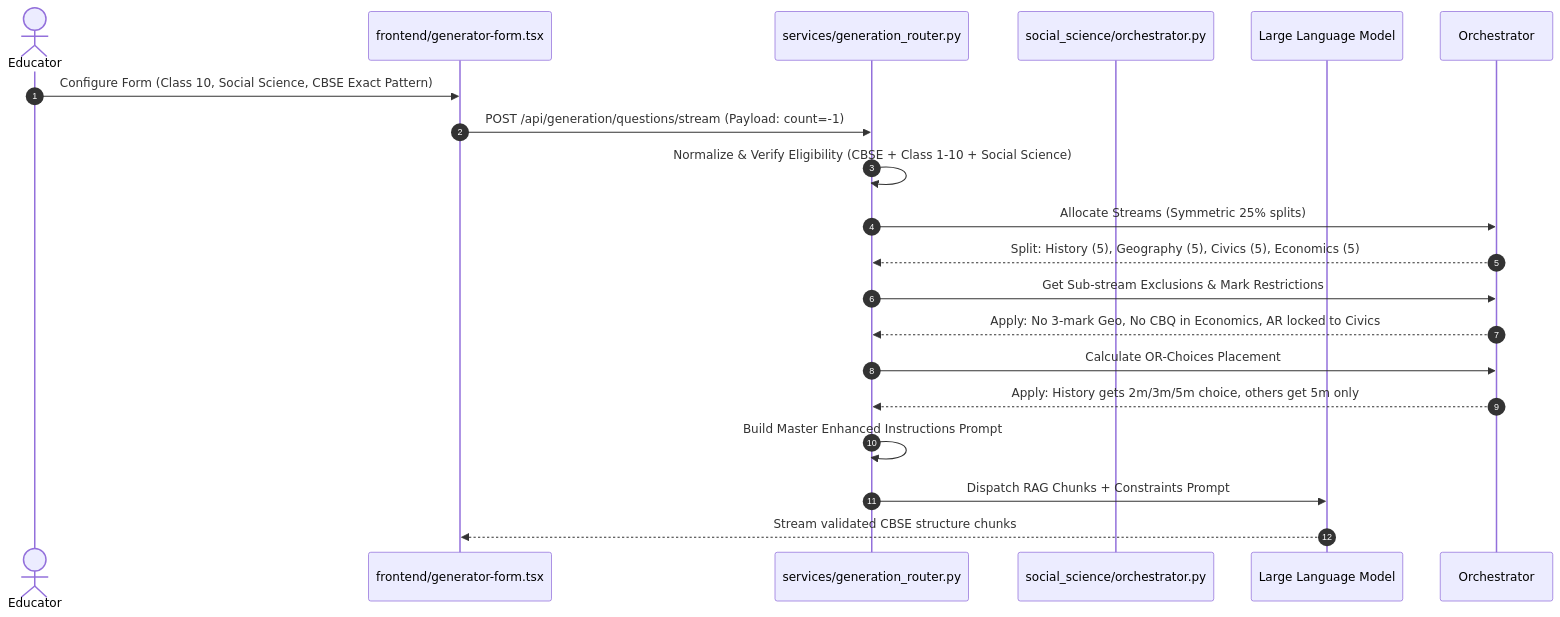
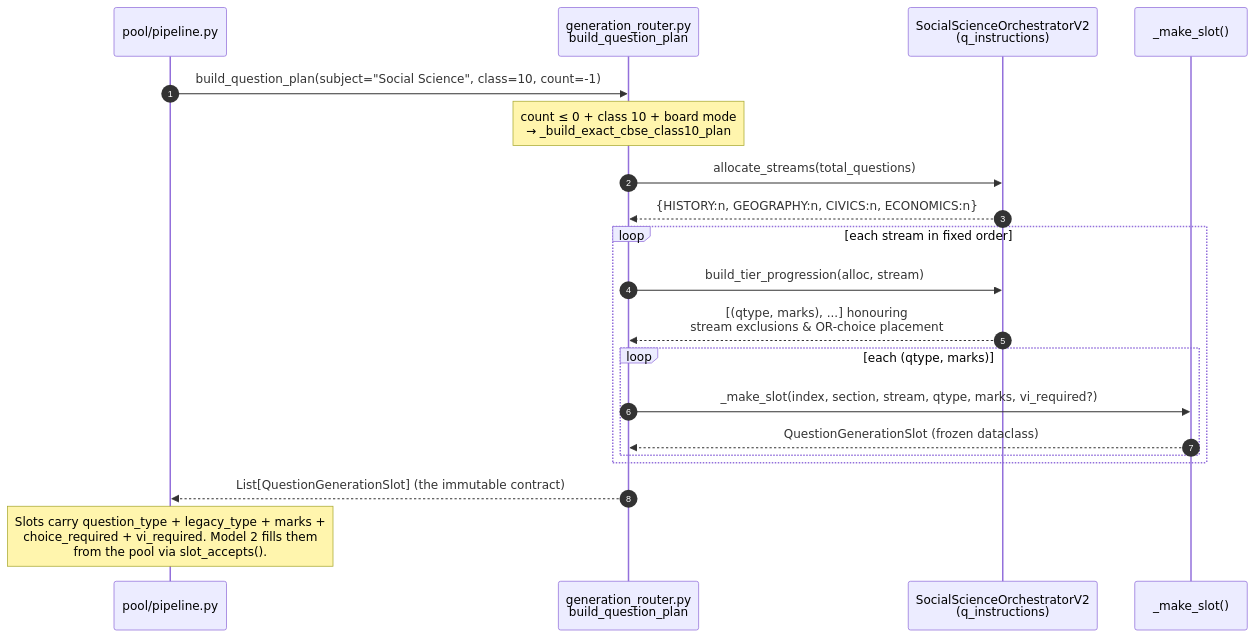
The third of 15 diagrams in README.md (Paardhu22/qp-gen), drawn with Mermaid before and after one commit. The commit also changed other lines of this file, not shown here.

````diff
--- a/README.md
+++ b/README.md
@@ -88,22 +223,23 @@
 ```mermaid
 sequenceDiagram
     autonumber
-    actor Educator
-    participant UI as frontend/generator-form.tsx
-    participant Router as services/generation_router.py
-    participant Orch as social_science/orchestrator.py
-    participant LLM as Large Language Model
+    participant P as pool/pipeline.py
+    participant R as generation_router.py<br/>build_question_plan
+    participant O as SocialScienceOrchestratorV2<br/>(q_instructions)
+    participant SLOT as _make_slot()
 
-    Educator->>UI: Configure Form (Class 10, Social Science, CBSE Exact Pattern)
-    UI->>Router: POST /api/generation/questions/stream (Payload: count=-1)
-    Router->>Router: Normalize & Verify Eligibility (CBSE + Class 1-10 + Social Science)
-    Router->>Orchestrator: Allocate Streams (Symmetric 25% splits)
-    Orchestrator-->>Router: Split: History (5), Geography (5), Civics (5), Economics (5)
-    Router->>Orchestrator: Get Sub-stream Exclusions & Mark Restrictions
-    Orchestrator-->>Router: Apply: No 3-mark Geo, No CBQ in Economics, AR locked to Civics
-    Router->>Orchestrator: Calculate OR-Choices Placement
-    Orchestrator-->>Router: Apply: History gets 2m/3m/5m choice, others get 5m only
-    Router->>Router: Build Master Enhanced Instructions Prompt
-    Router->>LLM: Dispatch RAG Chunks + Constraints Prompt
-    LLM-->>UI: Stream validated CBSE structure chunks
+    P->>R: build_question_plan(subject="Social Science", class=10, count=-1)
+    Note over R: count ≤ 0 + class 10 + board mode<br/>→ _build_exact_cbse_class10_plan
+    R->>O: allocate_streams(total_questions)
+    O-->>R: {HISTORY:n, GEOGRAPHY:n, CIVICS:n, ECONOMICS:n}
+    loop each stream in fixed order
+        R->>O: build_tier_progression(alloc, stream)
+        O-->>R: [(qtype, marks), ...] honouring<br/>stream exclusions & OR-choice placement
+        loop each (qtype, marks)
+            R->>SLOT: _make_slot(index, section, stream, qtype, marks, vi_required?)
+            SLOT-->>R: QuestionGenerationSlot (frozen dataclass)
+        end
+    end
+    R-->>P: List[QuestionGenerationSlot]  (the immutable contract)
+    Note over P: Slots carry question_type + legacy_type + marks +<br/>choice_required + vi_required. Model 2 fills them<br/>from the pool via slot_accepts().
 ```
````
